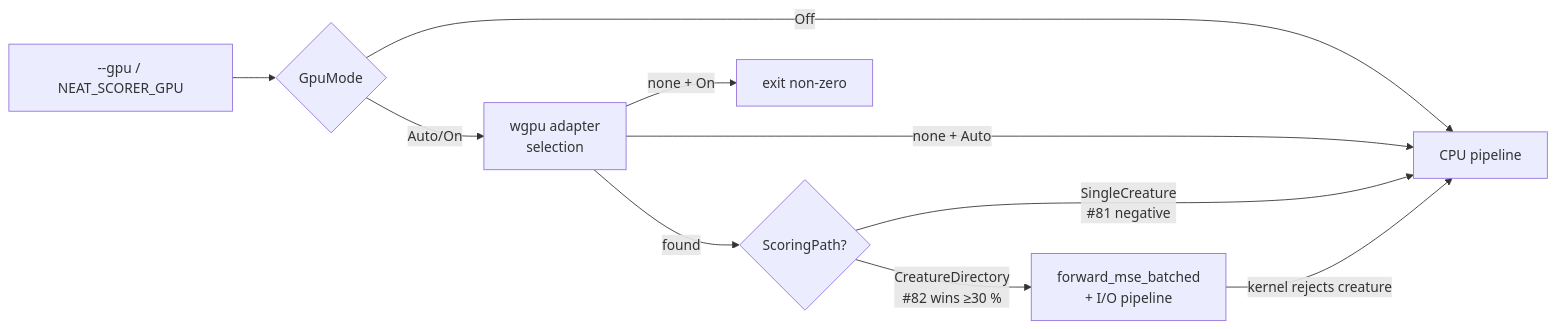
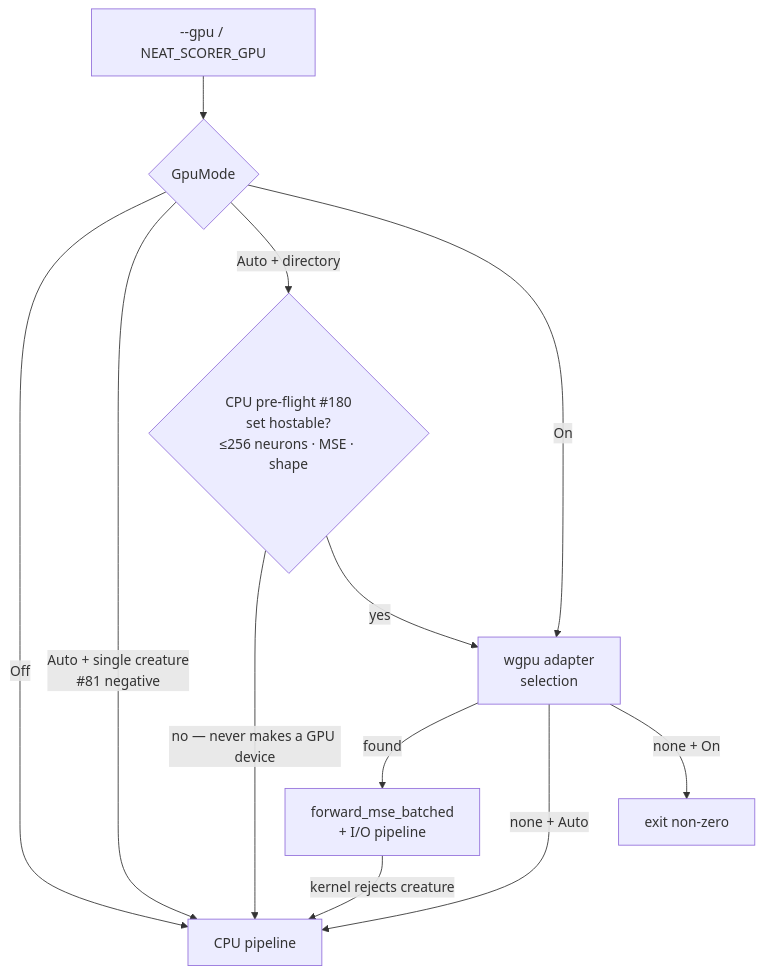
Before and after one commit to stSoftwareAU/NEAT-AI-scorer: the first of 7 diagrams in README.md, drawn with Mermaid. The commit also changed other lines of this file and 8 other files, not shown here.

First line of the commit message:
Make --gpu auto fall back to CPU cleanly above the 256-neuron shader cap (#180) (#183)

````diff
--- a/README.md
+++ b/README.md
@@ -82,12 +82,14 @@
 ```mermaid
-flowchart LR
+flowchart TD
     CLI[--gpu / NEAT_SCORER_GPU] --> Mode{GpuMode}
     Mode -->|Off| CPU[CPU pipeline]
-    Mode -->|Auto/On| Adapter[wgpu adapter<br/>selection]
-    Adapter -->|found| Path{ScoringPath?}
+    Mode -->|Auto + single creature<br/>#81 negative| CPU
+    Mode -->|Auto + directory| Preflight{CPU pre-flight #180<br/>set hostable?<br/>≤256 neurons · MSE · shape}
+    Mode -->|On| Adapter[wgpu adapter<br/>selection]
+    Preflight -->|no — never makes a GPU device| CPU
+    Preflight -->|yes| Adapter
+    Adapter -->|found| GPUKernel[forward_mse_batched<br/>+ I/O pipeline]
     Adapter -->|none + Auto| CPU
     Adapter -->|none + On| Err[exit non-zero]
-    Path -->|SingleCreature<br/>#81 negative| CPU
-    Path -->|CreatureDirectory<br/>#82 wins ≥30 %| GPUKernel[forward_mse_batched<br/>+ I/O pipeline]
     GPUKernel -->|kernel rejects creature| CPU
 ```
````
